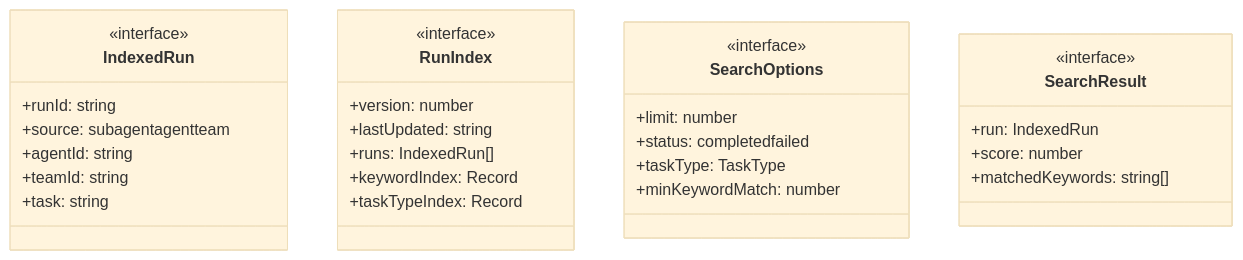
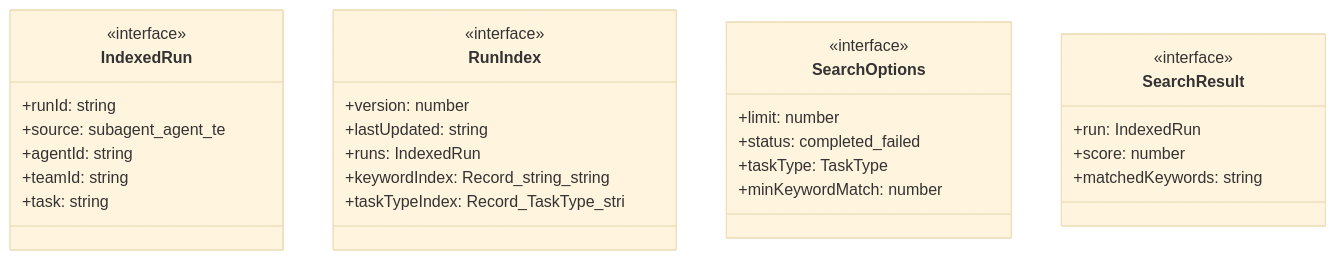
Before and after one commit to Mekann2904/mekann: the first of 4 diagrams in ABDD/.pi/lib/run-index.md, drawn with Mermaid (base theme). The commit also changed other lines of this file and 174 other files, not shown here.

First line of the commit message:
fix(docs): ABDDのMermaid図生成エラーを修正する

````diff
--- a/ABDD/.pi/lib/run-index.md
+++ b/ABDD/.pi/lib/run-index.md
@@ -53,32 +53,32 @@
 ```mermaid
 classDiagram
   class IndexedRun {
     <<interface>>
     +runId: string
-    +source: subagentagentteam
+    +source: subagent_agent_te
     +agentId: string
     +teamId: string
     +task: string
   }
   class RunIndex {
     <<interface>>
     +version: number
     +lastUpdated: string
-    +runs: IndexedRun[]
-    +keywordIndex: Record<stringstring[]>
-    +taskTypeIndex: Record<TaskTypestring[]>
+    +runs: IndexedRun
+    +keywordIndex: Record_string_string
+    +taskTypeIndex: Record_TaskType_stri
   }
   class SearchOptions {
     <<interface>>
     +limit: number
-    +status: completedfailed
+    +status: completed_failed
     +taskType: TaskType
     +minKeywordMatch: number
   }
   class SearchResult {
     <<interface>>
     +run: IndexedRun
     +score: number
-    +matchedKeywords: string[]
+    +matchedKeywords: string
   }
 ```
````
